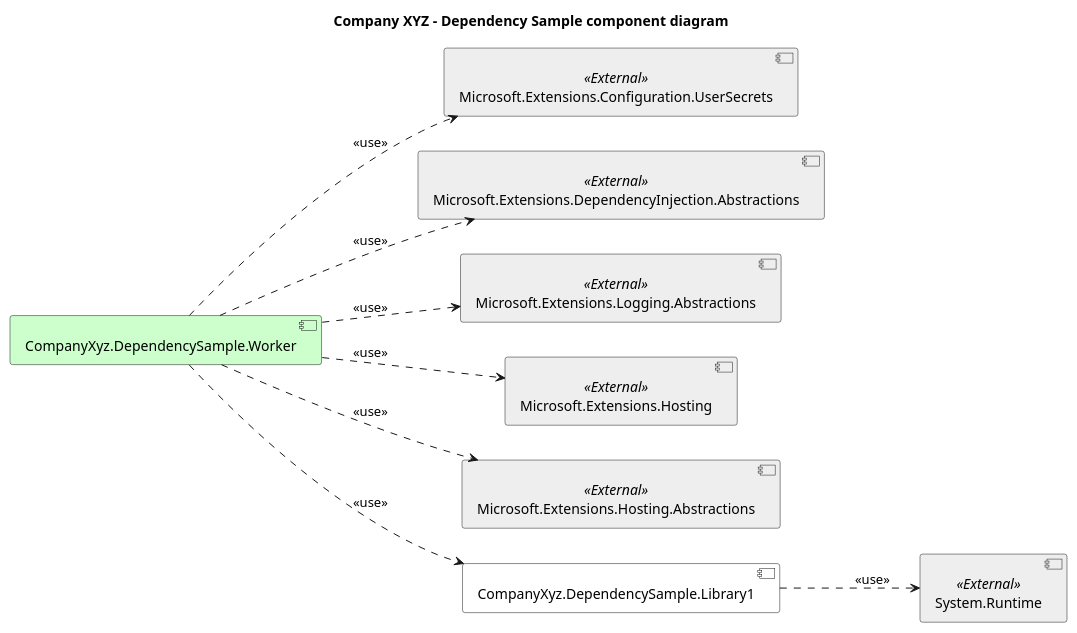
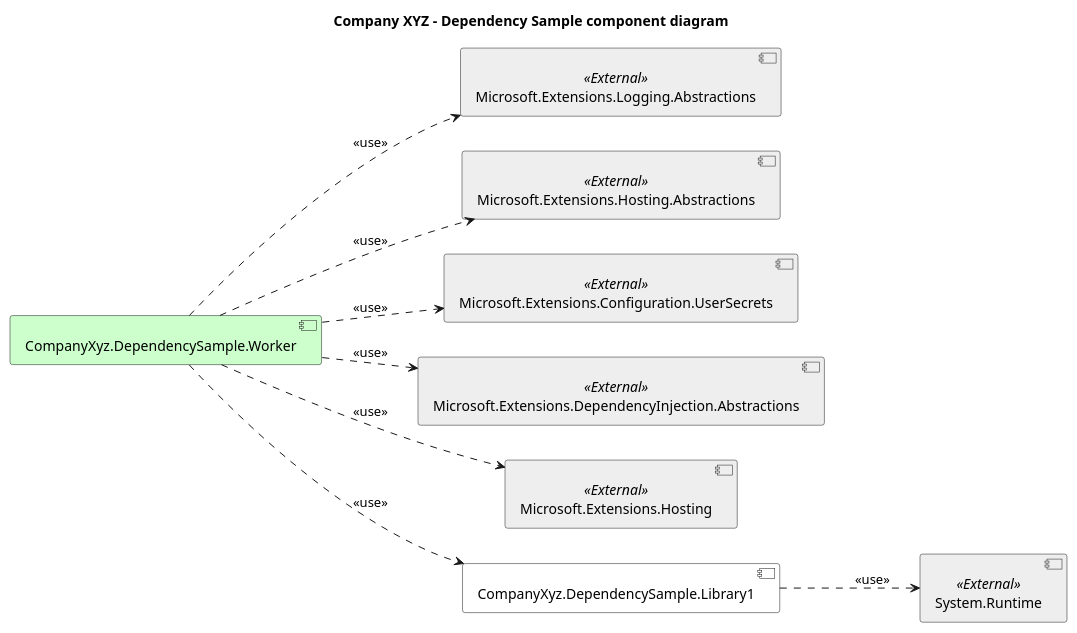
One commit to sgryphon/dotnet-dependency-graph changed the diagram in sample/docs/dotnet-dependencies-CompanyXyz.puml. Above: the diagram before and after it, drawn with PlantUML. The commit also changed other lines of this file and 5 other files, not shown here.

```diff
--- a/sample/docs/dotnet-dependencies-CompanyXyz.puml
+++ b/sample/docs/dotnet-dependencies-CompanyXyz.puml
@@ -1,25 +1,25 @@
 @startuml
 
 title Company XYZ - Dependency Sample component diagram
 
 left to right direction
 
+component [Microsoft.Extensions.Logging.Abstractions] <<External>> #eeeeee
+component [Microsoft.Extensions.Hosting.Abstractions] <<External>> #eeeeee
 component [Microsoft.Extensions.Configuration.UserSecrets] <<External>> #eeeeee
+component [System.Runtime] <<External>> #eeeeee
 component [Microsoft.Extensions.DependencyInjection.Abstractions] <<External>> #eeeeee
-component [System.Runtime] <<External>> #eeeeee
-component [Microsoft.Extensions.Logging.Abstractions] <<External>> #eeeeee
 component [Microsoft.Extensions.Hosting] <<External>> #eeeeee
-component [Microsoft.Extensions.Hosting.Abstractions] <<External>> #eeeeee
+
+component [CompanyXyz.DependencySample.Worker]  #ccffcc
 component [CompanyXyz.DependencySample.Library1]  #ffffff
 
-component [CompanyXyz.DependencySample.Worker]  #ccffcc
-
+[CompanyXyz.DependencySample.Worker] ..> [Microsoft.Extensions.Logging.Abstractions] : <<use>>
+[CompanyXyz.DependencySample.Worker] ..> [Microsoft.Extensions.Hosting.Abstractions] : <<use>>
 [CompanyXyz.DependencySample.Worker] ..> [Microsoft.Extensions.Configuration.UserSecrets] : <<use>>
+[CompanyXyz.DependencySample.Worker] ..> [CompanyXyz.DependencySample.Library1] : <<use>>
+[CompanyXyz.DependencySample.Library1] ..> [System.Runtime] : <<use>>
 [CompanyXyz.DependencySample.Worker] ..> [Microsoft.Extensions.DependencyInjection.Abstractions] : <<use>>
-[CompanyXyz.DependencySample.Library1] ..> [System.Runtime] : <<use>>
-[CompanyXyz.DependencySample.Worker] ..> [Microsoft.Extensions.Logging.Abstractions] : <<use>>
 [CompanyXyz.DependencySample.Worker] ..> [Microsoft.Extensions.Hosting] : <<use>>
-[CompanyXyz.DependencySample.Worker] ..> [Microsoft.Extensions.Hosting.Abstractions] : <<use>>
-[CompanyXyz.DependencySample.Worker] ..> [CompanyXyz.DependencySample.Library1] : <<use>>
 
 @enduml
```
